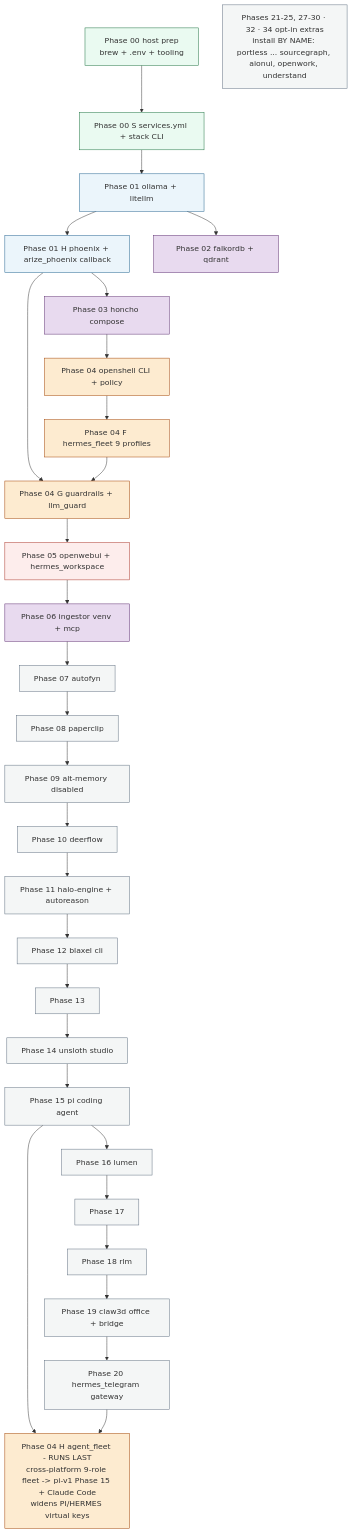
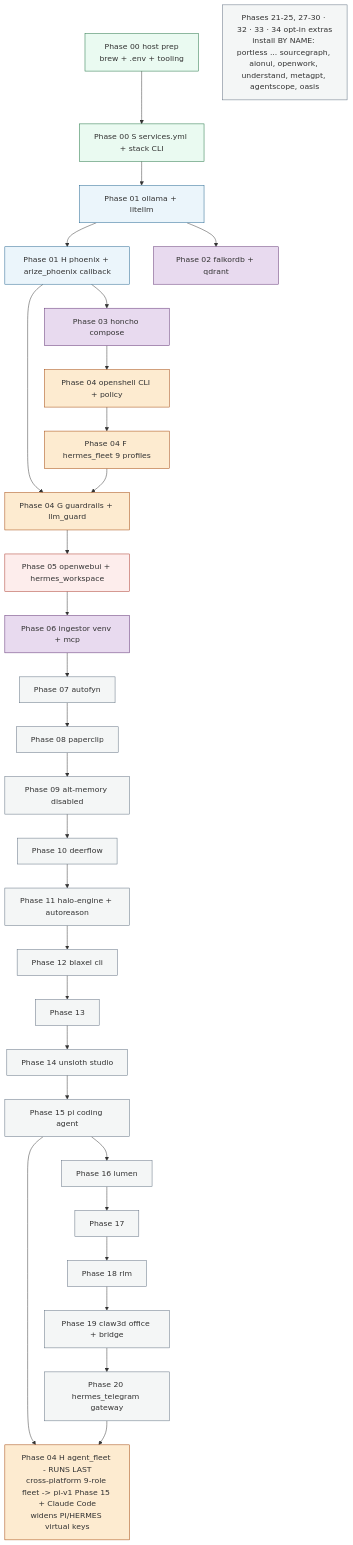
One commit to mayssamj/versatile-ai-stack changed the sixth of 6 diagrams in doc/DEPENDENCIES.md. Above: the diagram before and after it, drawn with Mermaid. The commit also changed 20 other files, not shown here.

````diff
--- a/doc/DEPENDENCIES.md
+++ b/doc/DEPENDENCIES.md
@@ -365,49 +365,49 @@
 ```mermaid
 graph TD
   classDef host fill:#eafaf1,stroke:#196f3d
   classDef inf fill:#ebf5fb,stroke:#1f618d
   classDef store fill:#e8daef,stroke:#5b2c6f
   classDef sec fill:#fdebd0,stroke:#a04000
   classDef ui fill:#fdedec,stroke:#a93226
   classDef opt fill:#f4f6f6,stroke:#5d6d7e
 
   p00[Phase 00 host prep<br/>brew + .env + tooling]:::host
   p00s[Phase 00 S services.yml + stack CLI]:::host
   p01[Phase 01 ollama + litellm]:::inf
   p01h[Phase 01 H phoenix + arize_phoenix callback]:::inf
   p02[Phase 02 falkordb + qdrant]:::store
   p03[Phase 03 honcho compose]:::store
   p04[Phase 04 openshell CLI + policy]:::sec
   p04f[Phase 04 F hermes_fleet 9 profiles]:::sec
   p04g[Phase 04 G guardrails + llm_guard]:::sec
   p05[Phase 05 openwebui + hermes_workspace]:::ui
   p06[Phase 06 ingestor venv + mcp]:::store
   p07[Phase 07 autofyn]:::opt
   p08[Phase 08 paperclip]:::opt
   p09[Phase 09 alt-memory disabled]:::opt
   p10[Phase 10 deerflow]:::opt
   p11[Phase 11 halo-engine + autoreason]:::opt
   p12[Phase 12 blaxel cli]:::opt
   p13[Phase 13]:::opt
   p14[Phase 14 unsloth studio]:::opt
   p15[Phase 15 pi coding agent]:::opt
   p16[Phase 16 lumen]:::opt
   p17[Phase 17]:::opt
   p18[Phase 18 rlm]:::opt
   p19[Phase 19 claw3d office + bridge]:::opt
   p20[Phase 20 hermes_telegram gateway]:::opt
-  p21_26[Phases 21-25, 27-30 · 32 · 34 opt-in extras<br/>install BY NAME: portless ... sourcegraph, aionui, openwork, understand]:::opt
+  p21_26[Phases 21-25, 27-30 · 32 · 33 · 34 opt-in extras<br/>install BY NAME: portless ... sourcegraph, aionui, openwork, understand, metagpt, agentscope, oasis]:::opt
   p04h[Phase 04 H agent_fleet - RUNS LAST<br/>cross-platform 9-role fleet -> pi-v1 Phase 15 + Claude Code<br/>widens PI/HERMES virtual keys]:::sec
 
   p00 --> p00s --> p01 --> p01h
   p01 --> p02
   p01h --> p03
   p03 --> p04 --> p04f
   p01h --> p04g
   p04f --> p04g
   p04g --> p05
   p05 --> p06
   p06 --> p07 --> p08 --> p09 --> p10 --> p11 --> p12 --> p13 --> p14 --> p15 --> p16 --> p17 --> p18 --> p19 --> p20
   p15 --> p04h
   p20 --> p04h
 ```
````
